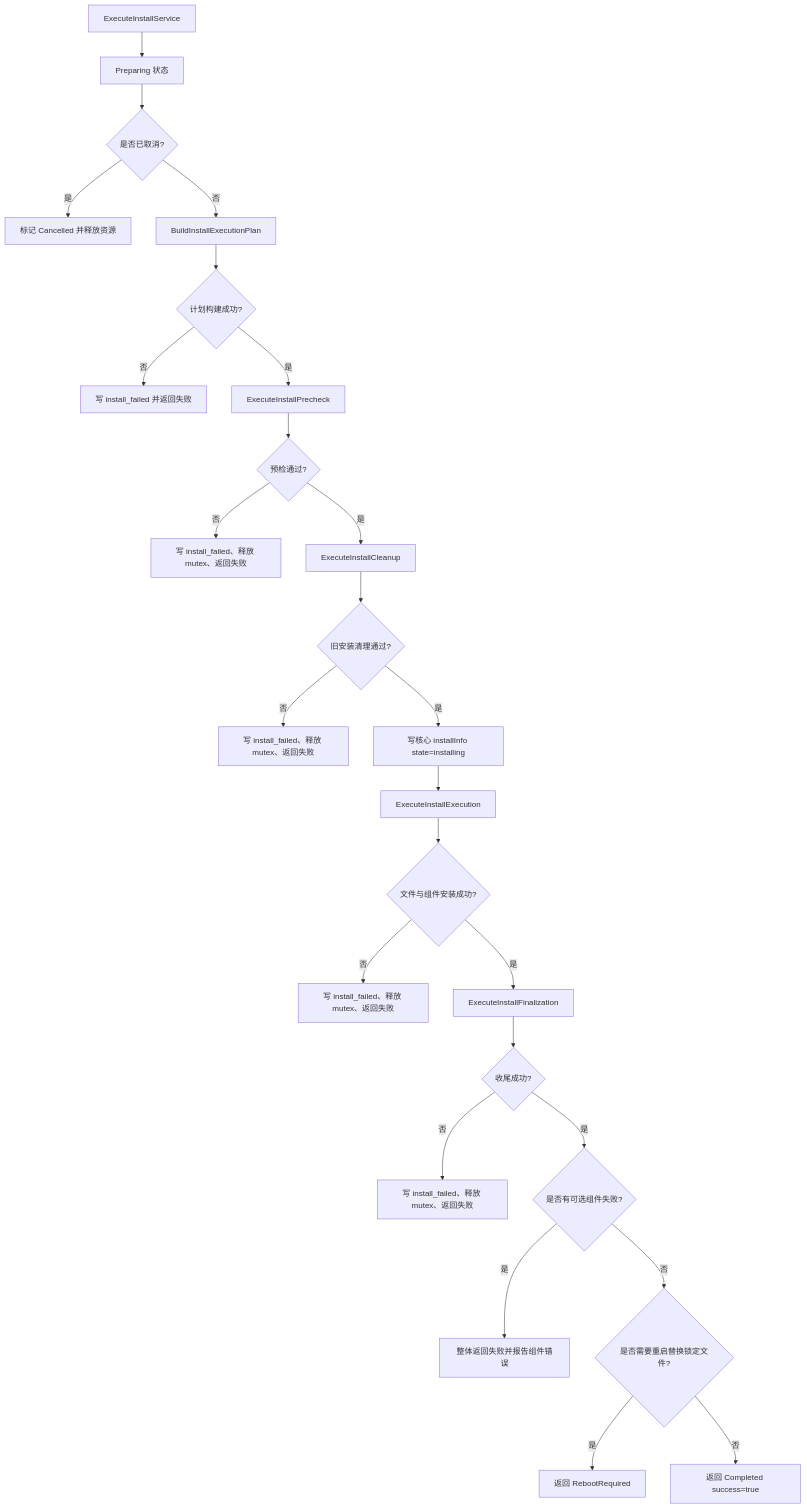
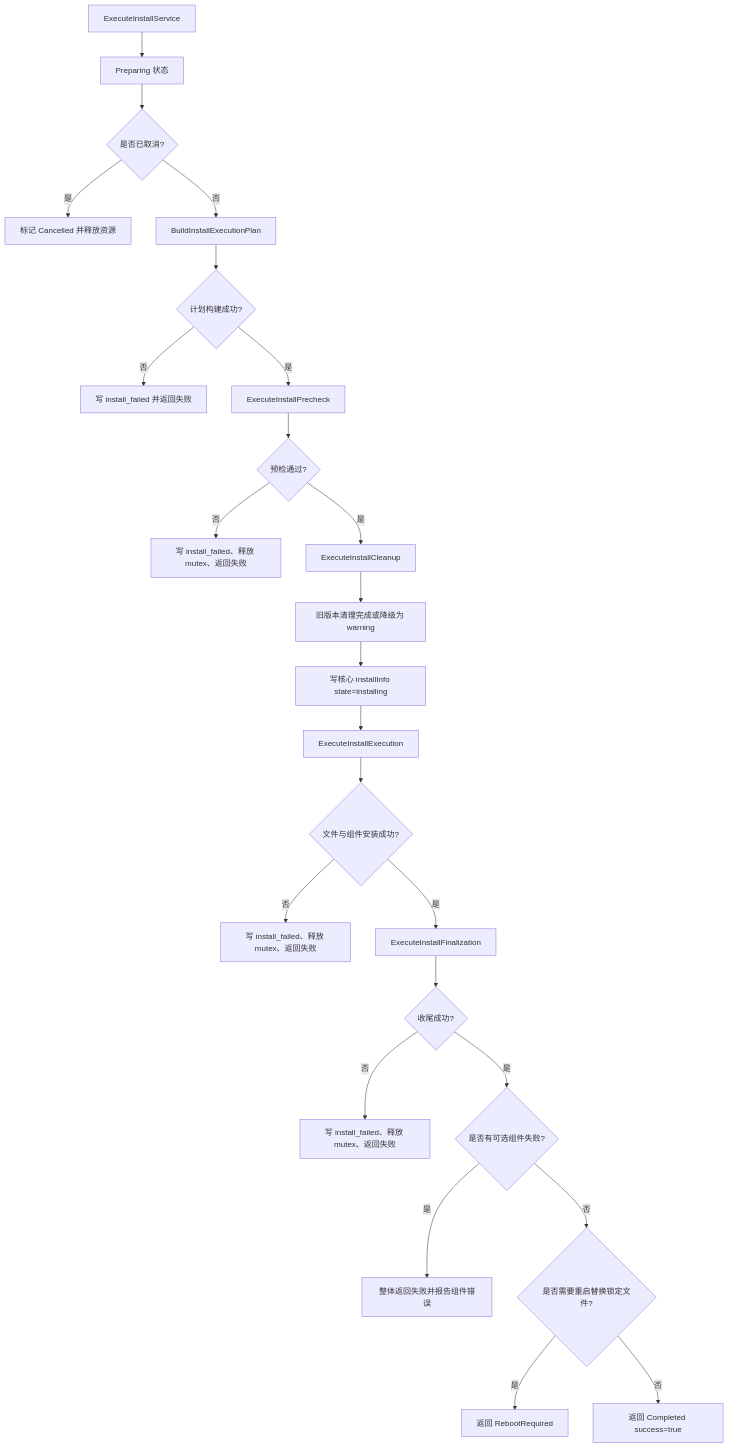
Before and after one commit to lu020218/Multi-Threaded_Installer: the fourth of 11 diagrams in docs/安装器流程图.md, drawn with Mermaid. The commit also changed other lines of this file and 1 other file, not shown here.

Commit message:
更新流程图文档

````diff
--- a/docs/安装器流程图.md
+++ b/docs/安装器流程图.md
@@ -73,27 +78,26 @@
 ```mermaid
 flowchart TD
-    A[ExecuteInstallService] --> B[Preparing 状态]
-    B --> C{是否已取消?}
-    C -->|是| C1[标记 Cancelled 并释放资源]
-    C -->|否| D[BuildInstallExecutionPlan]
-    D --> E{计划构建成功?}
-    E -->|否| E1[写 install_failed 并返回失败]
-    E -->|是| F[ExecuteInstallPrecheck]
-    F --> G{预检通过?}
-    G -->|否| G1[写 install_failed、释放 mutex、返回失败]
-    G -->|是| H[ExecuteInstallCleanup]
-    H --> I{旧安装清理通过?}
-    I -->|否| I1[写 install_failed、释放 mutex、返回失败]
-    I -->|是| J[写核心 installInfo state=installing]
-    J --> K[ExecuteInstallExecution]
-    K --> L{文件与组件安装成功?}
-    L -->|否| L1[写 install_failed、释放 mutex、返回失败]
-    L -->|是| M[ExecuteInstallFinalization]
-    M --> N{收尾成功?}
-    N -->|否| N1[写 install_failed、释放 mutex、返回失败]
-    N -->|是| O{是否有可选组件失败?}
-    O -->|是| O1[整体返回失败并报告组件错误]
-    O -->|否| P{是否需要重启替换锁定文件?}
-    P -->|是| P1[返回 RebootRequired]
-    P -->|否| Q[返回 Completed success=true]
+    A["ExecuteInstallService"] --> B["Preparing 状态"]
+    B --> C{"是否已取消?"}
+    C -->|是| C1["标记 Cancelled 并释放资源"]
+    C -->|否| D["BuildInstallExecutionPlan"]
+    D --> E{"计划构建成功?"}
+    E -->|否| E1["写 install_failed 并返回失败"]
+    E -->|是| F["ExecuteInstallPrecheck"]
+    F --> G{"预检通过?"}
+    G -->|否| G1["写 install_failed、释放 mutex、返回失败"]
+    G -->|是| H["ExecuteInstallCleanup"]
+    H --> I["旧版本清理完成或降级为 warning"]
+    I --> J["写核心 installInfo state=installing"]
+    J --> K["ExecuteInstallExecution"]
+    K --> L{"文件与组件安装成功?"}
+    L -->|否| L1["写 install_failed、释放 mutex、返回失败"]
+    L -->|是| M["ExecuteInstallFinalization"]
+    M --> N{"收尾成功?"}
+    N -->|否| N1["写 install_failed、释放 mutex、返回失败"]
+    N -->|是| O{"是否有可选组件失败?"}
+    O -->|是| O1["整体返回失败并报告组件错误"]
+    O -->|否| P{"是否需要重启替换锁定文件?"}
+    P -->|是| P1["返回 RebootRequired"]
+    P -->|否| Q["返回 Completed success=true"]
 ```
````
